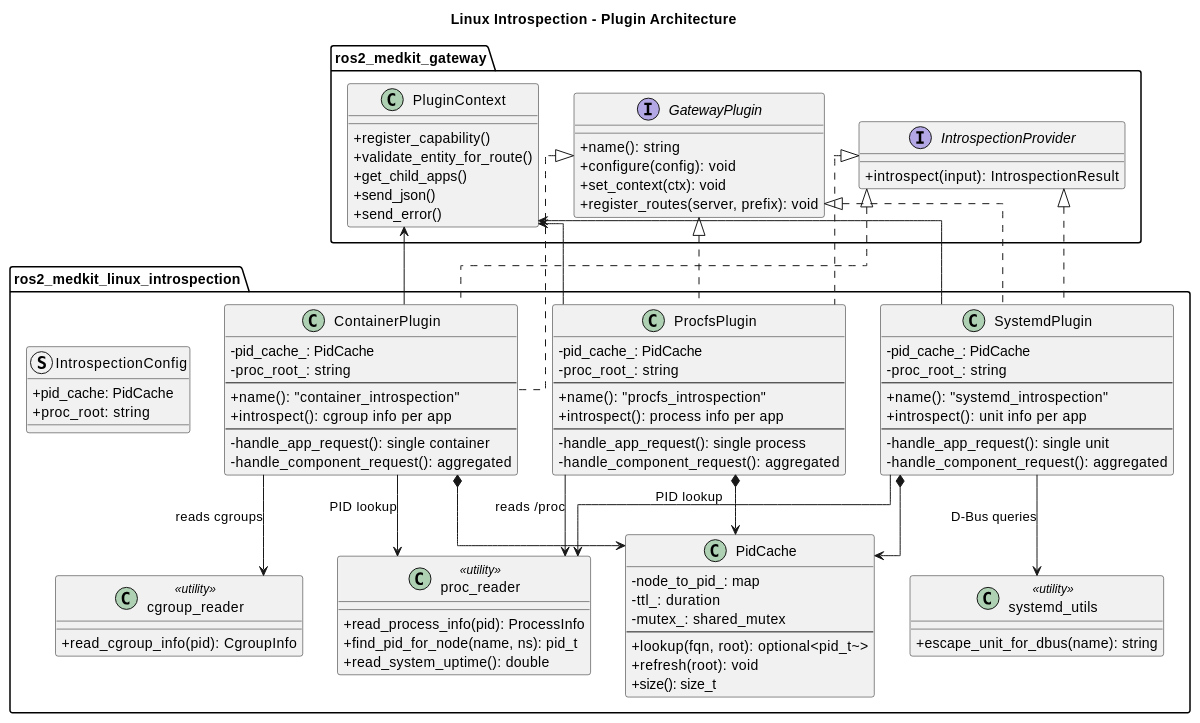
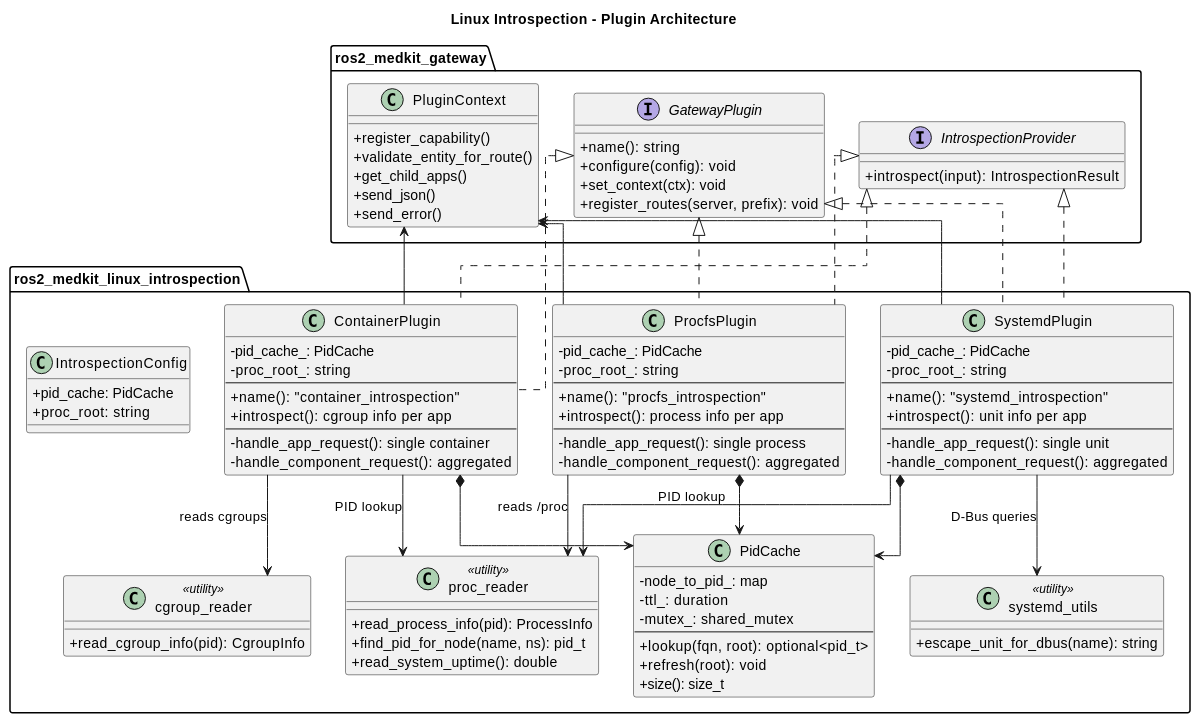
The diagram in src/ros2_medkit_discovery_plugins/ros2_medkit_linux_introspection/design/index.rst (selfpatch/ros2_medkit), drawn with PlantUML before and after one commit. The commit also changed 2 other files, not shown here.

Commit message:
docs(design): fix PlantUML - replace struct with class keyword, revert tilde escaping

```diff
--- a/src/ros2_medkit_discovery_plugins/ros2_medkit_linux_introspection/design/index.rst
+++ b/src/ros2_medkit_discovery_plugins/ros2_medkit_linux_introspection/design/index.rst
@@ -88,7 +88,7 @@
            - ttl_: duration
            - mutex_: shared_mutex
            --
-           + lookup(fqn, root): optional~<pid_t~>
+           + lookup(fqn, root): optional<pid_t>
            + refresh(root): void
            + size(): size_t
        }
@@ -107,7 +107,7 @@
            + escape_unit_for_dbus(name): string
        }
 
-       struct IntrospectionConfig {
+       class IntrospectionConfig {
            + pid_cache: PidCache
            + proc_root: string
        }
```
